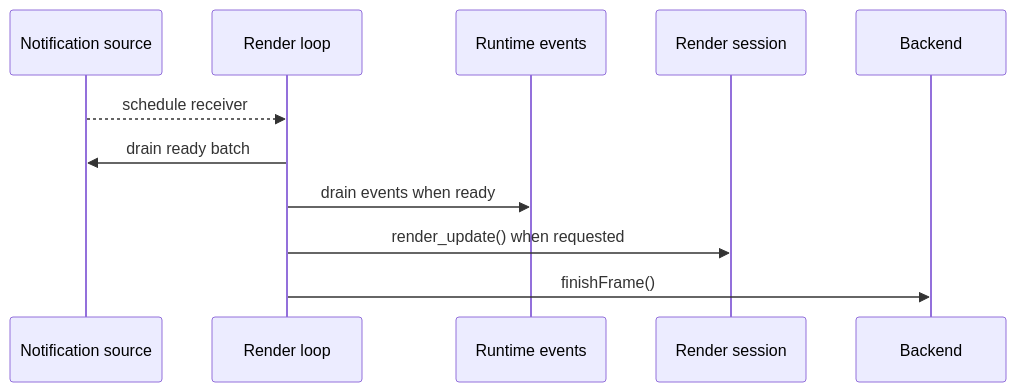
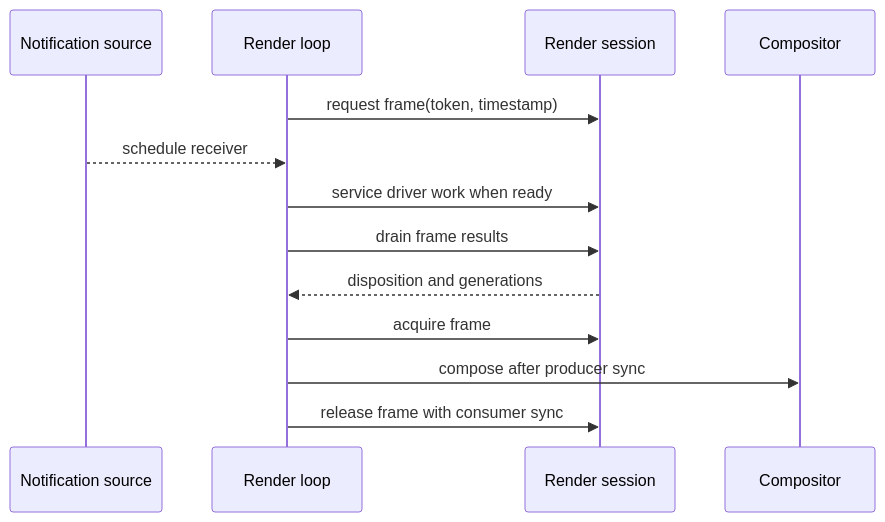
The second of 2 diagrams in docs/src/content/docs/development/map-example-specification.md (maplibre/maplibre-native-ffi), drawn with Mermaid before and after one commit. The commit also changed other lines of this file and 237 other files, not shown here.

````diff
--- a/docs/src/content/docs/development/map-example-specification.md
+++ b/docs/src/content/docs/development/map-example-specification.md
@@ -354,14 +336,16 @@
 ```mermaid
 sequenceDiagram
   participant N as Notification source
   participant RL as Render loop
-  participant RT as Runtime events
   participant RS as Render session
-  participant BE as Backend
+  participant CP as Compositor
 
+  RL->>RS: request frame(token, timestamp)
   N-->>RL: schedule receiver
-  RL->>N: drain ready batch
-  RL->>RT: drain events when ready
-  RL->>RS: render_update() when requested
-  RL->>BE: finishFrame()
+  RL->>RS: service driver work when ready
+  RL->>RS: drain frame results
+  RS-->>RL: disposition and generations
+  RL->>RS: acquire frame
+  RL->>CP: compose after producer sync
+  RL->>RS: release frame with consumer sync
 ```
````
